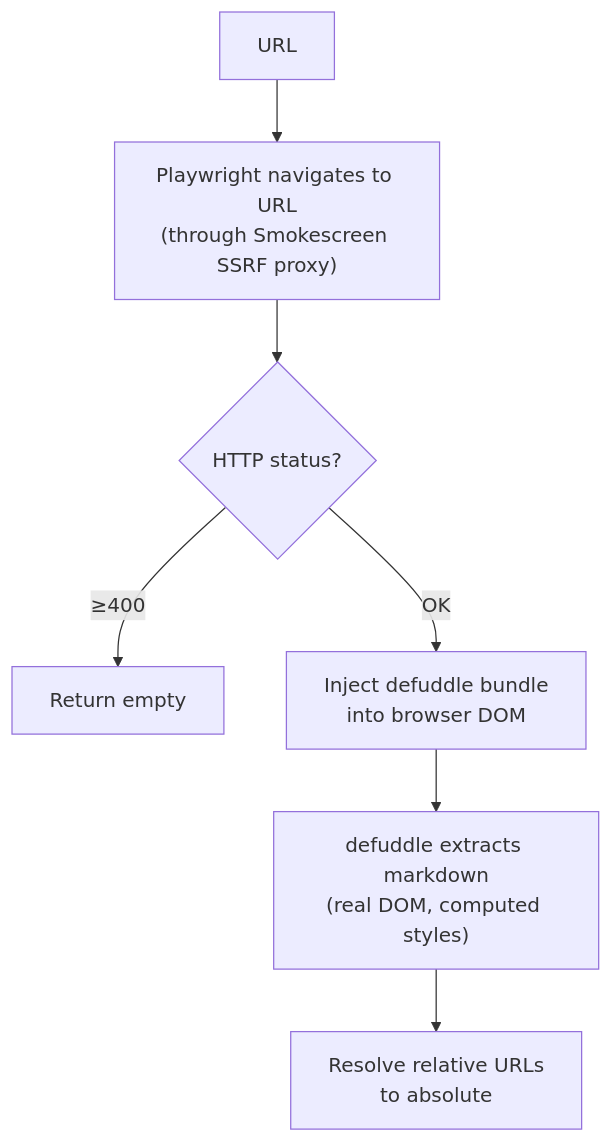
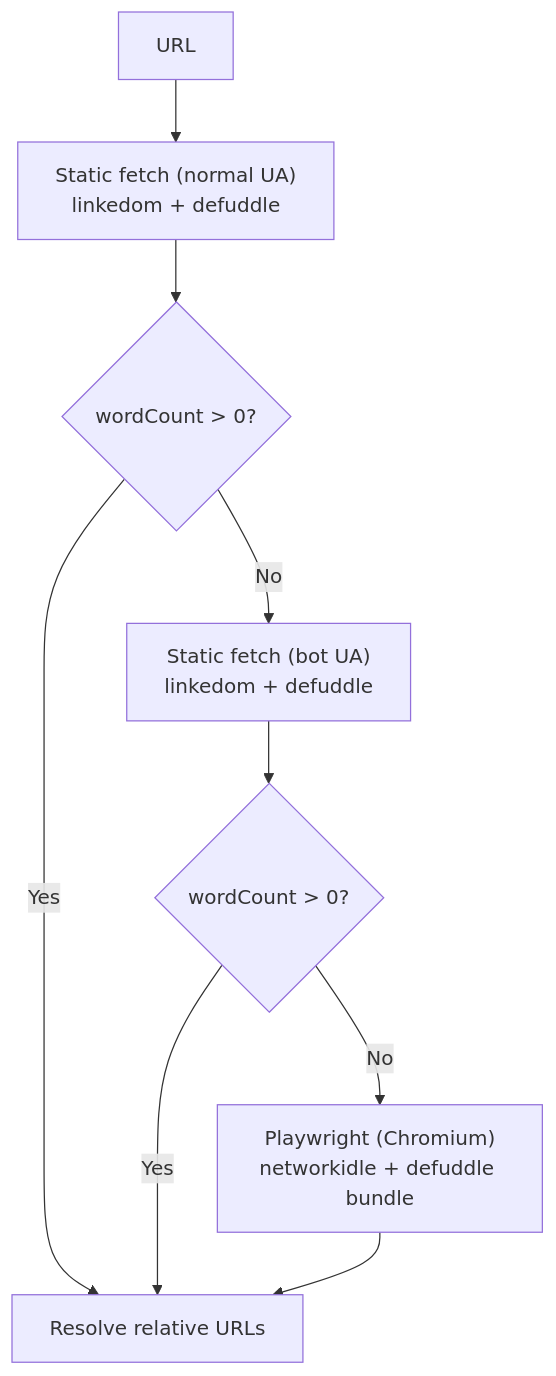
Before and after one commit to yapit-tts/yapit: the third of 7 diagrams in docs/architecture.md, drawn with Mermaid. The commit also changed other lines of this file and 17 other files, not shown here.

First line of the commit message:
rewrite defuddle container: static-first extraction with Playwright fallback

````diff
--- a/docs/architecture.md
+++ b/docs/architecture.md
@@ -93,9 +93,11 @@
 ```mermaid
 flowchart TD
-    URL["URL"] --> PW["Playwright navigates to URL<br/>(through Smokescreen SSRF proxy)"]
-    PW --> STATUS{"HTTP status?"}
-    STATUS -->|≥400| EMPTY["Return empty"]
-    STATUS -->|OK| INJECT["Inject defuddle bundle<br/>into browser DOM"]
-    INJECT --> EXTRACT["defuddle extracts markdown<br/>(real DOM, computed styles)"]
-    EXTRACT --> RESOLVE["Resolve relative URLs<br/>to absolute"]
+    URL["URL"] --> S1["Static fetch (normal UA)<br/>linkedom + defuddle"]
+    S1 --> C1{"wordCount > 0?"}
+    C1 -->|Yes| RESOLVE["Resolve relative URLs"]
+    C1 -->|No| S2["Static fetch (bot UA)<br/>linkedom + defuddle"]
+    S2 --> C2{"wordCount > 0?"}
+    C2 -->|Yes| RESOLVE
+    C2 -->|No| PW["Playwright (Chromium)<br/>networkidle + defuddle bundle"]
+    PW --> RESOLVE
 ```
````
